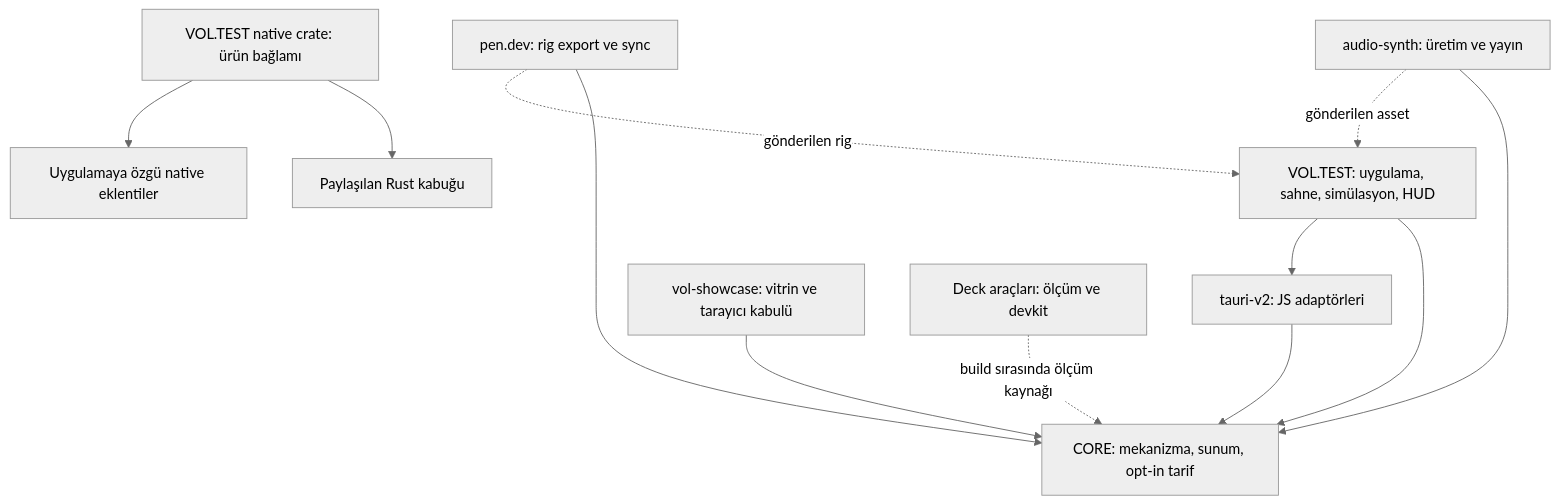
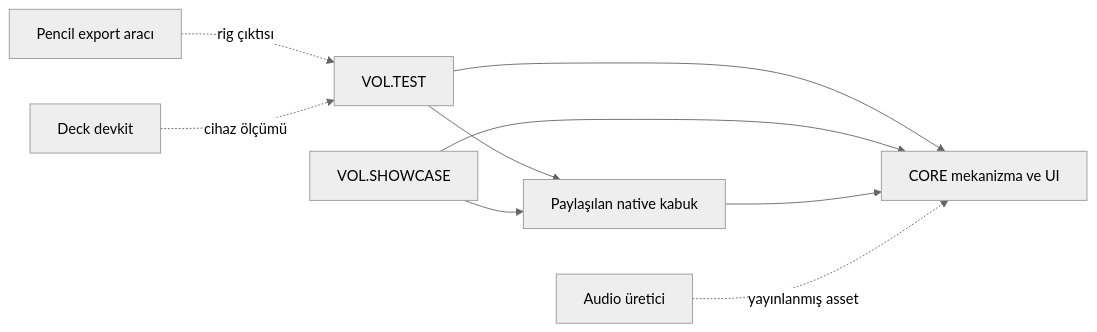
One commit to vol8me/VOL.STUDIO changed the diagram in docs/monorepo-audit.md. Above: the diagram before and after it, drawn with Mermaid (neutral theme). The commit also changed other lines of this file and 51 other files, not shown here.

````diff
--- a/docs/monorepo-audit.md
+++ b/docs/monorepo-audit.md
@@ -33,14 +90,11 @@
 ```mermaid
-flowchart TD
-    Game["VOL.TEST: uygulama, sahne, simülasyon, HUD"] --> Core["CORE: mekanizma, sunum, opt-in tarif"]
-    Game --> Platform["tauri-v2: JS adaptörleri"]
-    Platform --> Core
-    GameNative["VOL.TEST native crate: ürün bağlamı"] --> Shell["Paylaşılan Rust kabuğu"]
-    GameNative --> Plugins["Uygulamaya özgü native eklentiler"]
-    Audio["audio-synth: üretim ve yayın"] --> Core
-    Pen["pen.dev: rig export ve sync"] --> Core
-    UI["vol-showcase: vitrin ve tarayıcı kabulü"] --> Core
-    Deck["Deck araçları: ölçüm ve devkit"] -. "build sırasında ölçüm kaynağı" .-> Core
-    Audio -. "gönderilen asset" .-> Game
-    Pen -. "gönderilen rig" .-> Game
+flowchart LR
+  Game["VOL.TEST"] --> Core["CORE mekanizma ve UI"]
+  Showcase["VOL.SHOWCASE"] --> Core
+  Game --> Shell["Paylaşılan native kabuk"]
+  Showcase --> Shell
+  Shell --> Core
+  Audio["Audio üretici"] -. "yayınlanmış asset" .-> Core
+  Pencil["Pencil export aracı"] -. "rig çıktısı" .-> Game
+  Deck["Deck devkit"] -. "cihaz ölçümü" .-> Game
 ```
````
